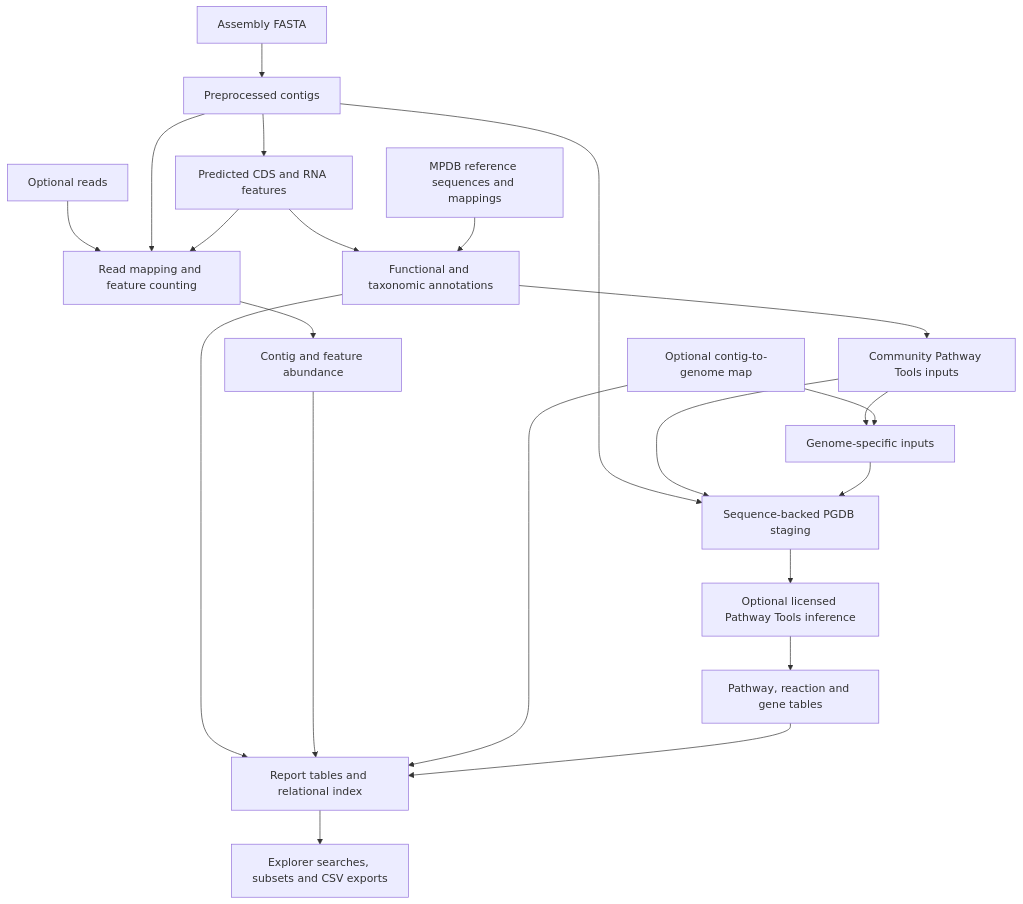
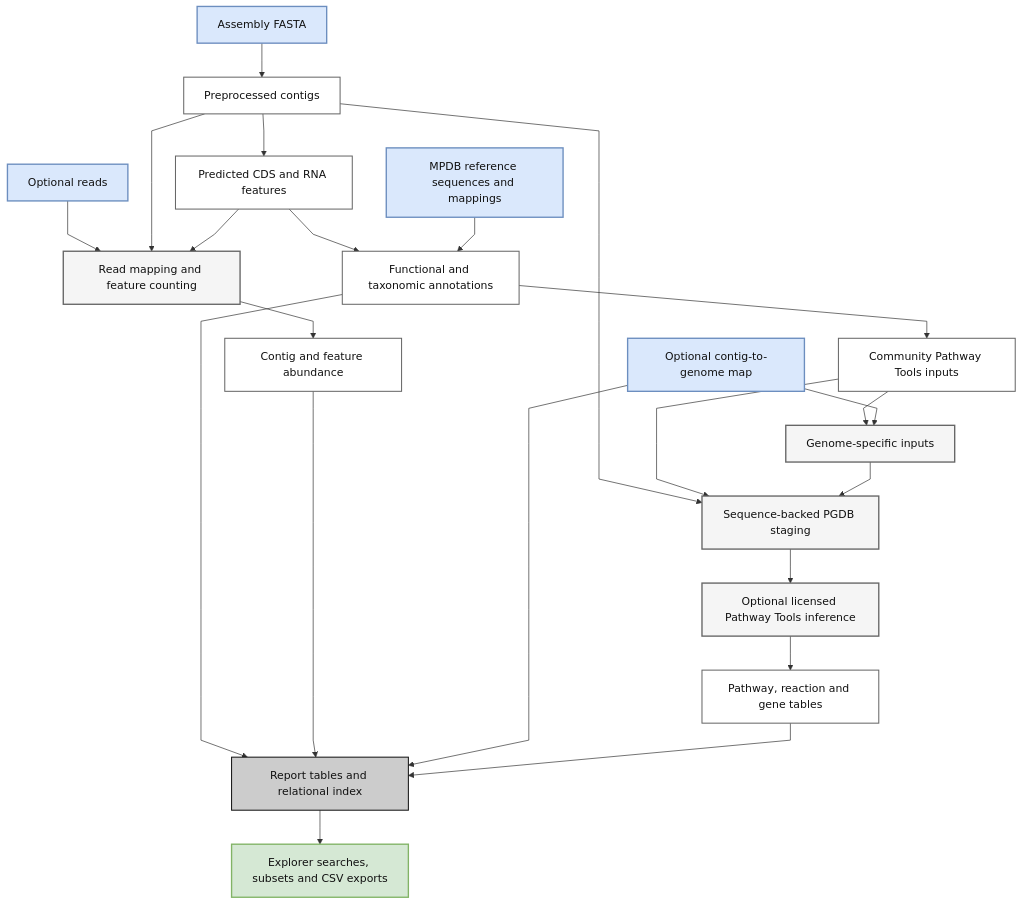
The diagram in docs/data-flow.md (hallamlab/MetaPathways), drawn with Mermaid before and after one commit. The commit also changed 10 other files, not shown here.

Commit message:
Adapt appnote workflow SVG and align documentation diagram styling

````diff
--- a/docs/data-flow.md
+++ b/docs/data-flow.md
@@ -7,24 +7,35 @@
 ```mermaid
+%%{init: {"theme":"base","fontFamily":"Times New Roman, Times, serif","themeVariables":{"fontFamily":"Times New Roman, Times, serif","fontSize":"16px","primaryColor":"#CCCCCC","primaryTextColor":"#111111","primaryBorderColor":"#666666","secondaryColor":"#DAE8FC","tertiaryColor":"#F5F5F5","lineColor":"#333333","edgeLabelBackground":"#FFFFFF","background":"#FFFFFF"},"flowchart":{"htmlLabels":false,"curve":"linear"}}}%%
 flowchart TB
     A[Assembly FASTA] --> QC[Preprocessed contigs]
     QC --> F[Predicted CDS and RNA features]
     F --> AN[Functional and taxonomic annotations]
     DB[MPDB reference sequences and mappings] --> AN
     READS[Optional reads] --> MAP[Read mapping and feature counting]
     QC --> MAP
     F --> MAP
     MAP --> AB[Contig and feature abundance]
     AN --> PI[Community Pathway Tools inputs]
     PI --> SPLIT[Genome-specific inputs]
     GM[Optional contig-to-genome map] --> SPLIT
     QC --> SEQ[Sequence-backed PGDB staging]
     PI --> SEQ
     SPLIT --> SEQ
     SEQ --> PT[Optional licensed Pathway Tools inference]
     PT --> PW[Pathway, reaction and gene tables]
     AN --> REPORT[Report tables and relational index]
     AB --> REPORT
     GM --> REPORT
     PW --> REPORT
     REPORT --> PORTAL[Explorer searches, subsets and CSV exports]
+    classDef module fill:#CCCCCC,stroke:#111111,stroke-width:1.5px,color:#111111;
+    classDef compute fill:#F5F5F5,stroke:#666666,stroke-width:2px,color:#111111;
+    classDef input fill:#DAE8FC,stroke:#6C8EBF,stroke-width:2px,color:#111111;
+    classDef output fill:#D5E8D4,stroke:#82B366,stroke-width:2px,color:#111111;
+    classDef data fill:#FFFFFF,stroke:#666666,stroke-width:1.5px,color:#111111;
+    class A,DB,READS,GM input;
+    class QC,F,AN,PI,AB,PW data;
+    class MAP,SPLIT,SEQ,PT compute;
+    class REPORT module;
+    class PORTAL output;
 ```
````
